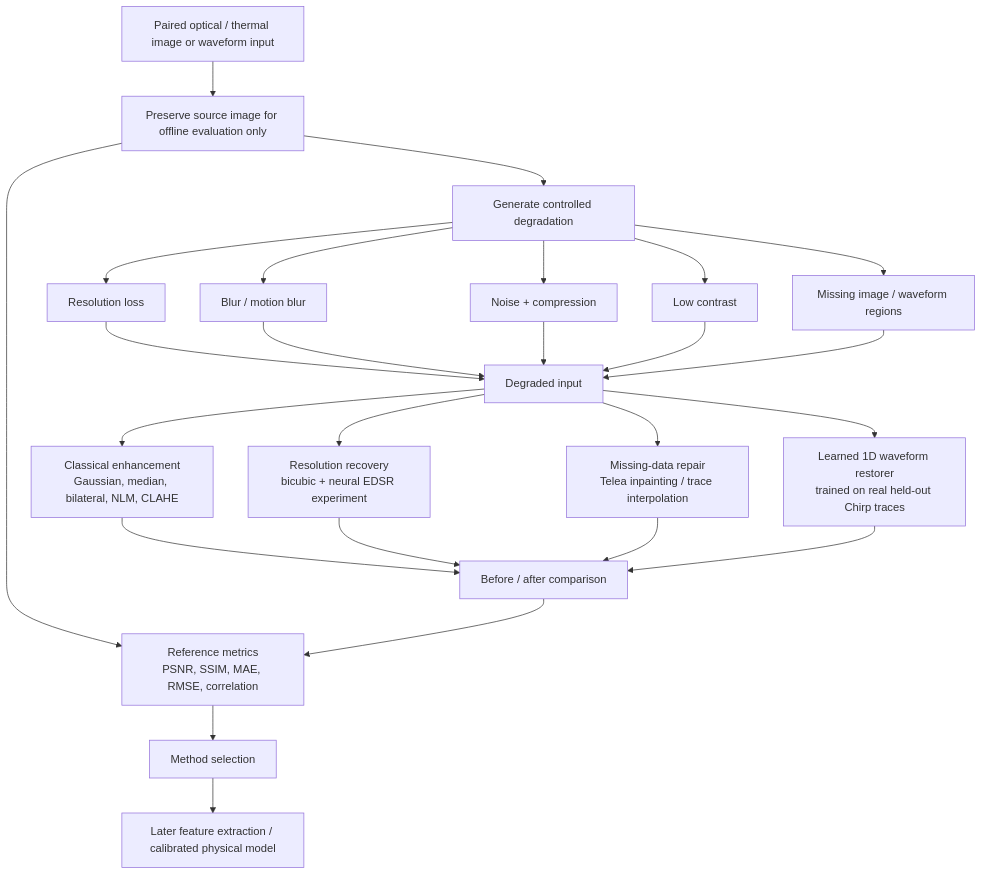
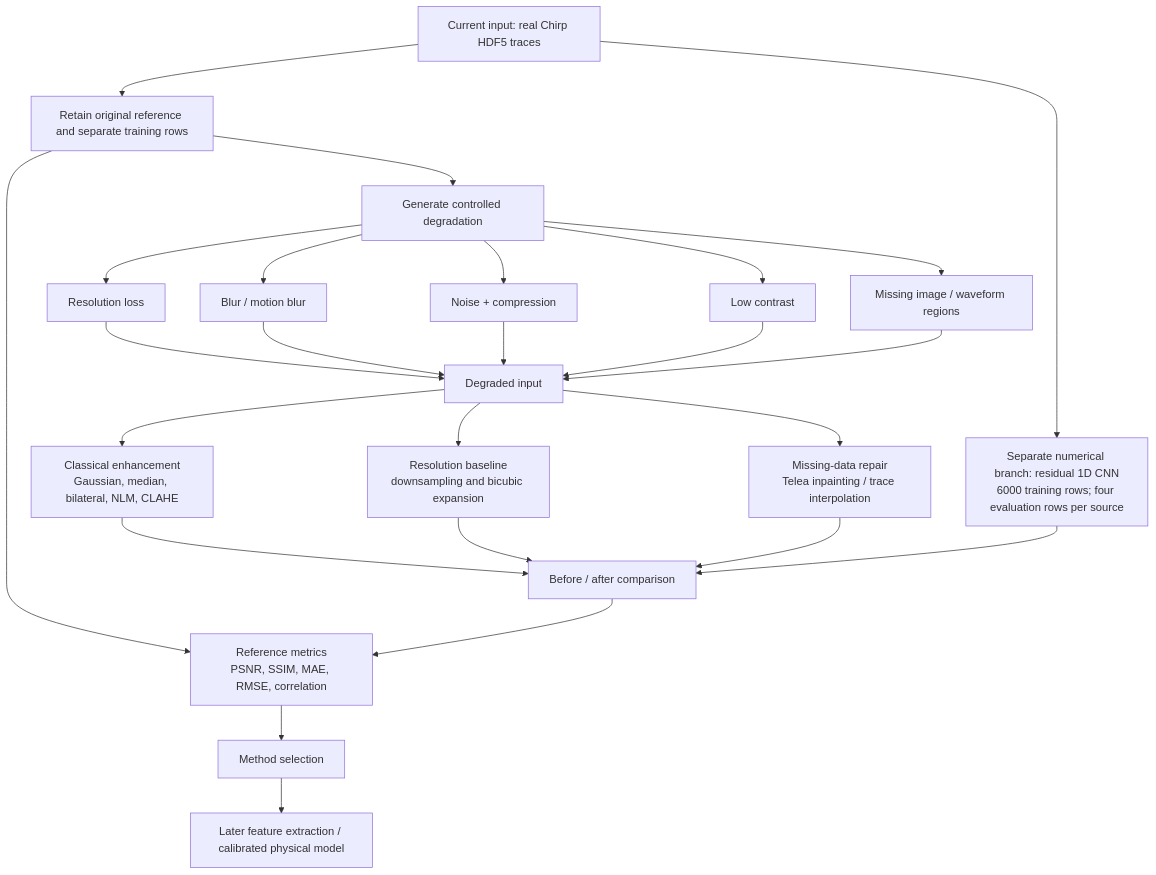
One commit to Samik123Mit/BTP_Project changed the diagram in PROJECT_WRITEUP.md. Above: the diagram before and after it, drawn with Mermaid. The commit also changed other lines of this file and 187 other files, not shown here.

Commit message:
Make Chirp restoration primary and separate additional experiments

````diff
--- a/PROJECT_WRITEUP.md
+++ b/PROJECT_WRITEUP.md
@@ -27,27 +31,27 @@
 ```mermaid
 flowchart TD
-    A[Paired optical / thermal image or waveform input] --> B[Preserve source image for offline evaluation only]
+    A[Current input: real Chirp HDF5 traces] --> B[Retain original reference and separate training rows]
     B --> C[Generate controlled degradation]
     C --> C1[Resolution loss]
     C --> C2[Blur / motion blur]
     C --> C3[Noise + compression]
     C --> C4[Low contrast]
     C --> C5[Missing image / waveform regions]
     C1 --> D[Degraded input]
     C2 --> D
     C3 --> D
     C4 --> D
     C5 --> D
     D --> E1[Classical enhancement<br/>Gaussian, median, bilateral, NLM, CLAHE]
-    D --> E2[Resolution recovery<br/>bicubic + neural EDSR experiment]
+    D --> E2[Resolution baseline<br/>downsampling and bicubic expansion]
     D --> E3[Missing-data repair<br/>Telea inpainting / trace interpolation]
-    D --> E4[Learned 1D waveform restorer<br/>trained on real held-out Chirp traces]
+    A --> E4[Separate numerical branch: residual 1D CNN<br/>6000 training rows; four evaluation rows per source]
     E1 --> F[Before / after comparison]
     E2 --> F
     E3 --> F
     E4 --> F
     B --> G[Reference metrics<br/>PSNR, SSIM, MAE, RMSE, correlation]
     F --> G
     G --> H[Method selection]
     H --> I[Later feature extraction / calibrated physical model]
 ```
````
